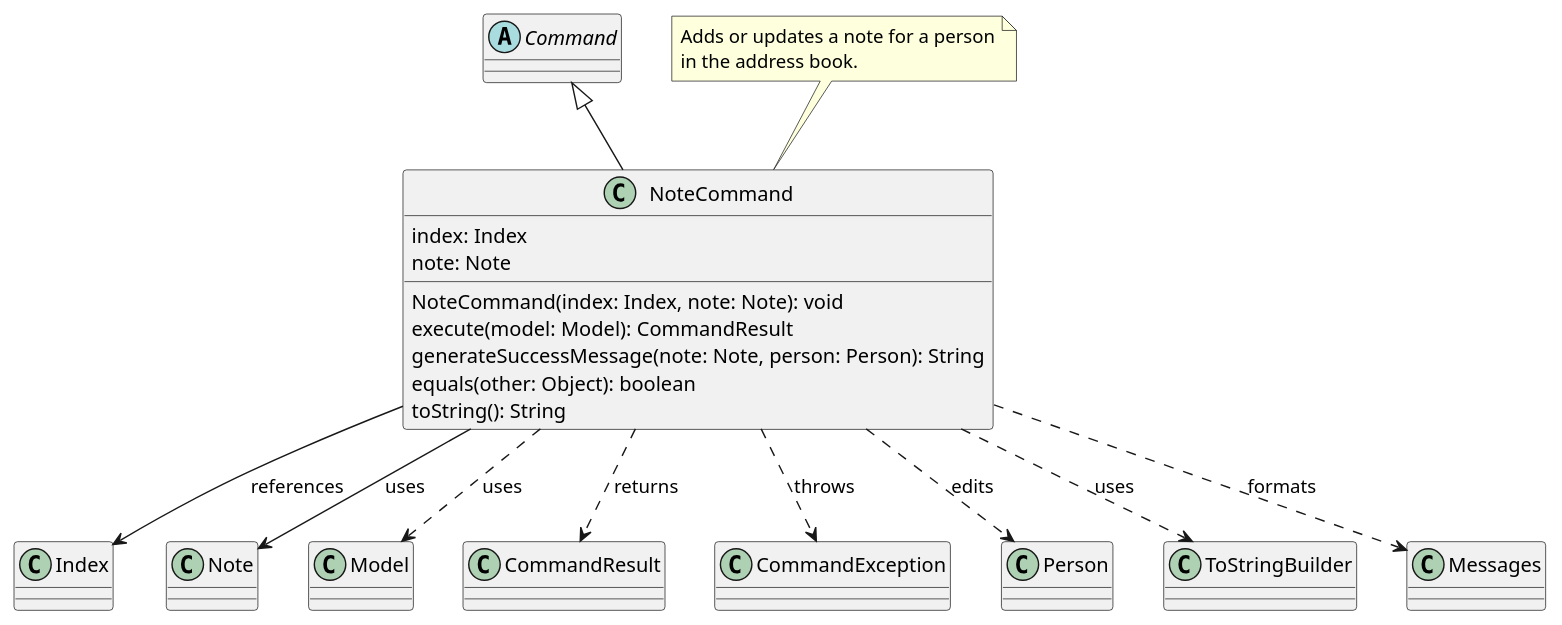
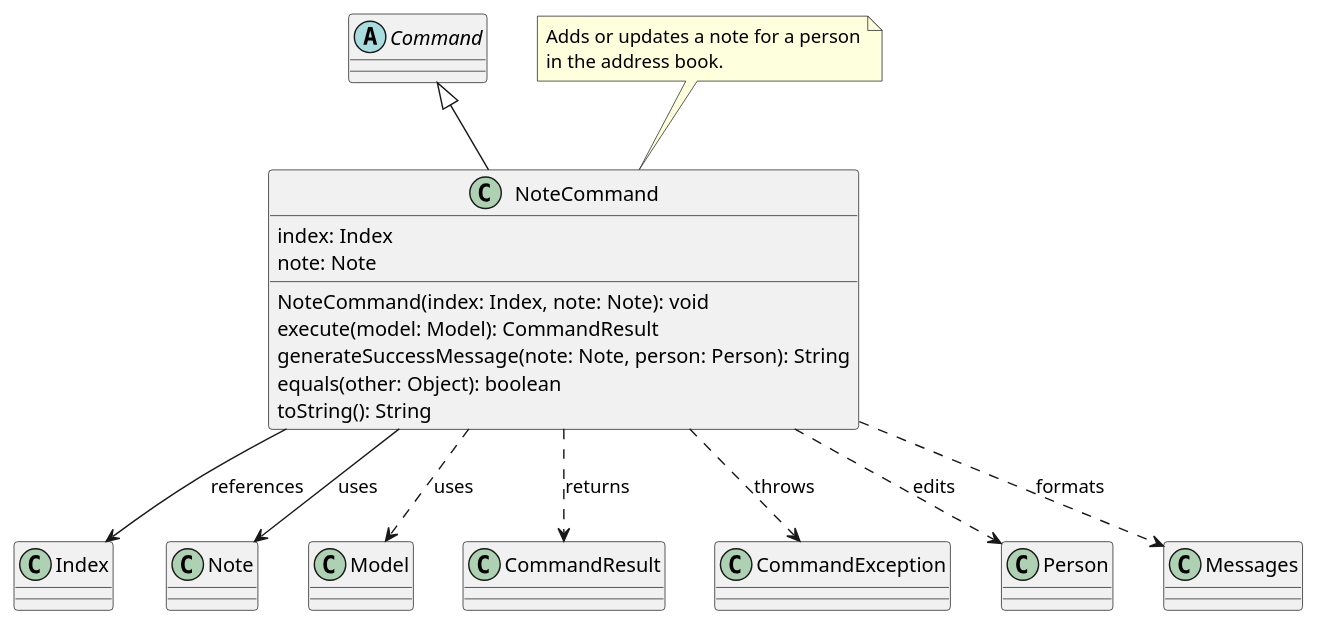
One commit to AY2526S1-CS2103T-W09-4/tp changed the diagram in docs/diagrams/add-remark/NoteCommand.puml. Above: the diagram before and after it, drawn with PlantUML. The commit also changed 9 other files, not shown here.

Commit message:
Added to DG HelpCommand and added diagrams for NoteCommand

```diff
--- a/docs/diagrams/add-remark/NoteCommand.puml
+++ b/docs/diagrams/add-remark/NoteCommand.puml
@@ -1,52 +1,50 @@
 @startuml
 'https://plantuml.com/class-diagram
 
 class NoteCommand {
   index: Index
   note: Note
 
   NoteCommand(index: Index, note: Note): void
   execute(model: Model): CommandResult
   generateSuccessMessage(note: Note, person: Person): String
   equals(other: Object): boolean
   toString(): String
 }
 
 ' Abstracted related classes
 abstract class Command
 class Index
 class Note
 class Model
 class CommandResult
 class CommandException
 class Person
-class ToStringBuilder
 class Messages
 
 ' =============================
 ' Relationships
 ' =============================
 Command <|-- NoteCommand
 
 ' Association — NoteCommand uses Note
 NoteCommand --> Note : uses
 
 ' Association — NoteCommand references Index (value object/reference)
 NoteCommand --> Index : references
 
 ' Dependency — Model is passed into execute() (transient/not owned)
 NoteCommand ..> Model : uses
 
 ' Dependencies — used/returned/thrown transiently
 NoteCommand ..> CommandResult : returns
 NoteCommand ..> CommandException : throws
 NoteCommand ..> Person : edits
-NoteCommand ..> ToStringBuilder : uses
 NoteCommand ..> Messages : formats
 
 note top of NoteCommand
 Adds or updates a note for a person
 in the address book.
 end note
 
 @enduml
```
